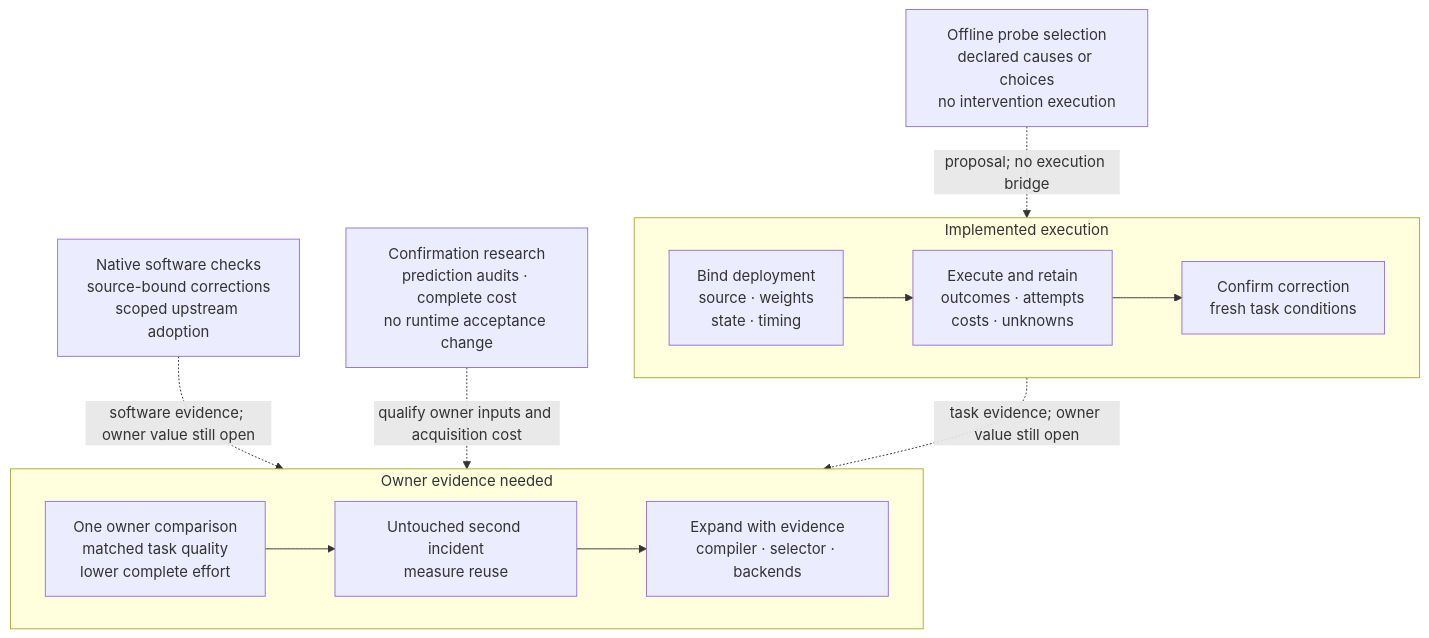
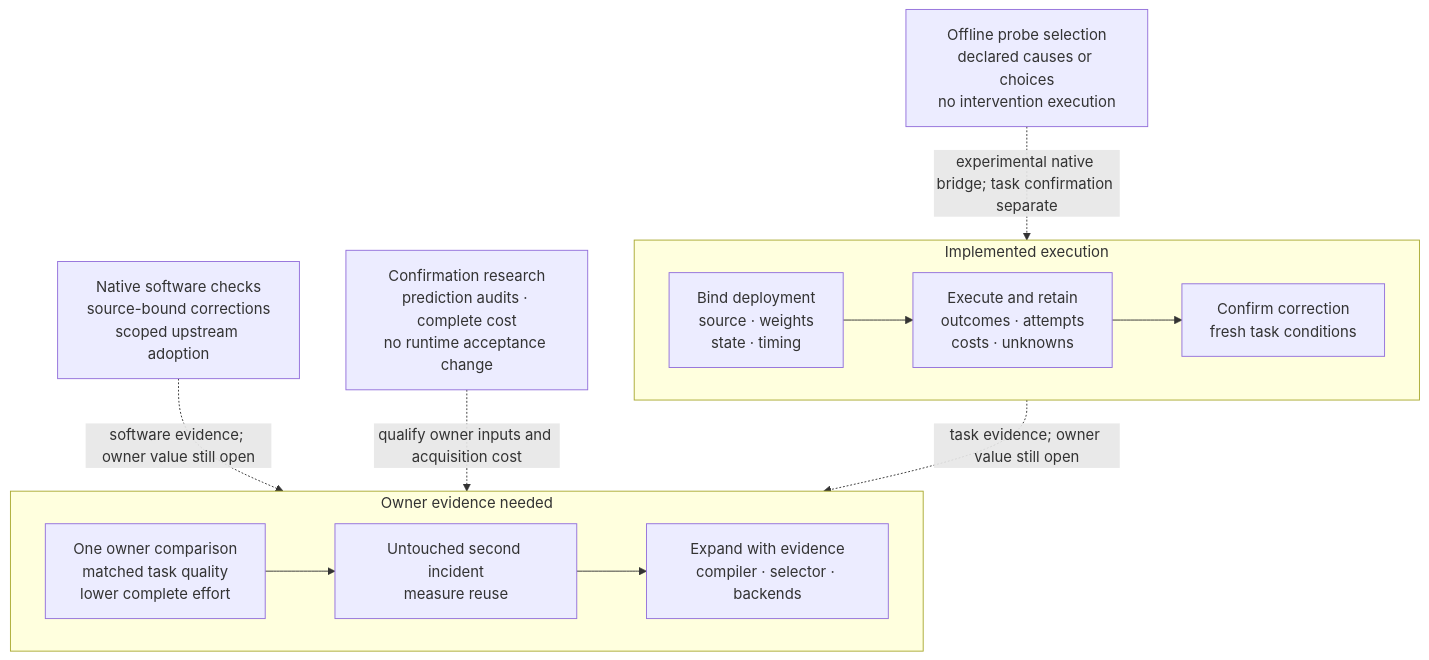
One commit to manfromnowhere143/nisayon changed the first of 3 diagrams in README.md. Above: the diagram before and after it, drawn with Mermaid. The commit also changed other lines of this file and 42 other files, not shown here.

````diff
--- a/README.md
+++ b/README.md
@@ -52,24 +52,24 @@
 ```mermaid
 flowchart TB
     accTitle: Implemented Nisayon tools and the next evidence needed
     accDescr: Case binding, bounded execution and fresh confirmation are implemented. Offline decision probes do not execute interventions. Native checks provide software evidence. Prediction-audit research is separate from runtime acceptance. A real owner's matched comparison and untouched reuse remain unproved; broader expansion depends on that evidence.
     subgraph W["Implemented execution"]
         direction LR
         I["Bind deployment<br/>source · weights<br/>state · timing"]
         I --> E["Execute and retain<br/>outcomes · attempts<br/>costs · unknowns"]
         E --> C["Confirm correction<br/>fresh task conditions"]
     end
     D["Offline probe selection<br/>declared causes or choices<br/>no intervention execution"]
-    D -. "proposal; no execution bridge" .-> E
+    D -. "experimental native bridge; task confirmation separate" .-> E
     N["Native software checks<br/>source-bound corrections<br/>scoped upstream adoption"]
     R["Confirmation research<br/>prediction audits · complete cost<br/>no runtime acceptance change"]
     subgraph V["Owner evidence needed"]
         direction LR
         O["One owner comparison<br/>matched task quality<br/>lower complete effort"]
         O --> U["Untouched second incident<br/>measure reuse"]
         U --> P["Expand with evidence<br/>compiler · selector · backends"]
     end
     C -. "task evidence; owner value still open" .-> O
     N -. "software evidence; owner value still open" .-> O
     R -. "qualify owner inputs and acquisition cost" .-> O
 ```
````
